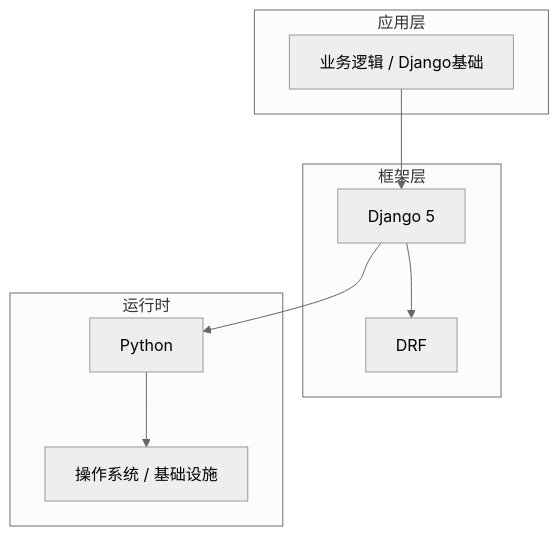
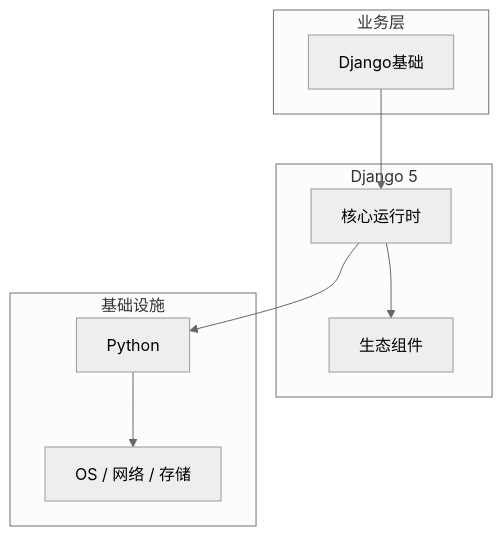
One commit to yanggan2015/knowledge-json-v2 changed the diagram in articles/Django/chapters/001-Django基础核心概念与原理.md. Above: the diagram before and after it, drawn with Mermaid (neutral theme). The commit also changed other lines of this file and 10127 other files, not shown here.

````diff
--- a/articles/Django/chapters/001-Django基础核心概念与原理.md
+++ b/articles/Django/chapters/001-Django基础核心概念与原理.md
@@ -45,18 +34,18 @@
 ```mermaid
 graph TB
-    subgraph 应用层
-        A[业务逻辑 / Django基础]
+    subgraph 业务层
+        A[Django基础]
     end
-    subgraph 框架层
-        B[Django 5]
-        C[DRF]
+    subgraph Django 5
+        B[核心运行时]
+        C[生态组件]
     end
-    subgraph 运行时
+    subgraph 基础设施
         D[Python]
-        E[操作系统 / 基础设施]
+        E[OS / 网络 / 存储]
     end
     A --> B
     B --> C
     B --> D
     D --> E
 ```
````
